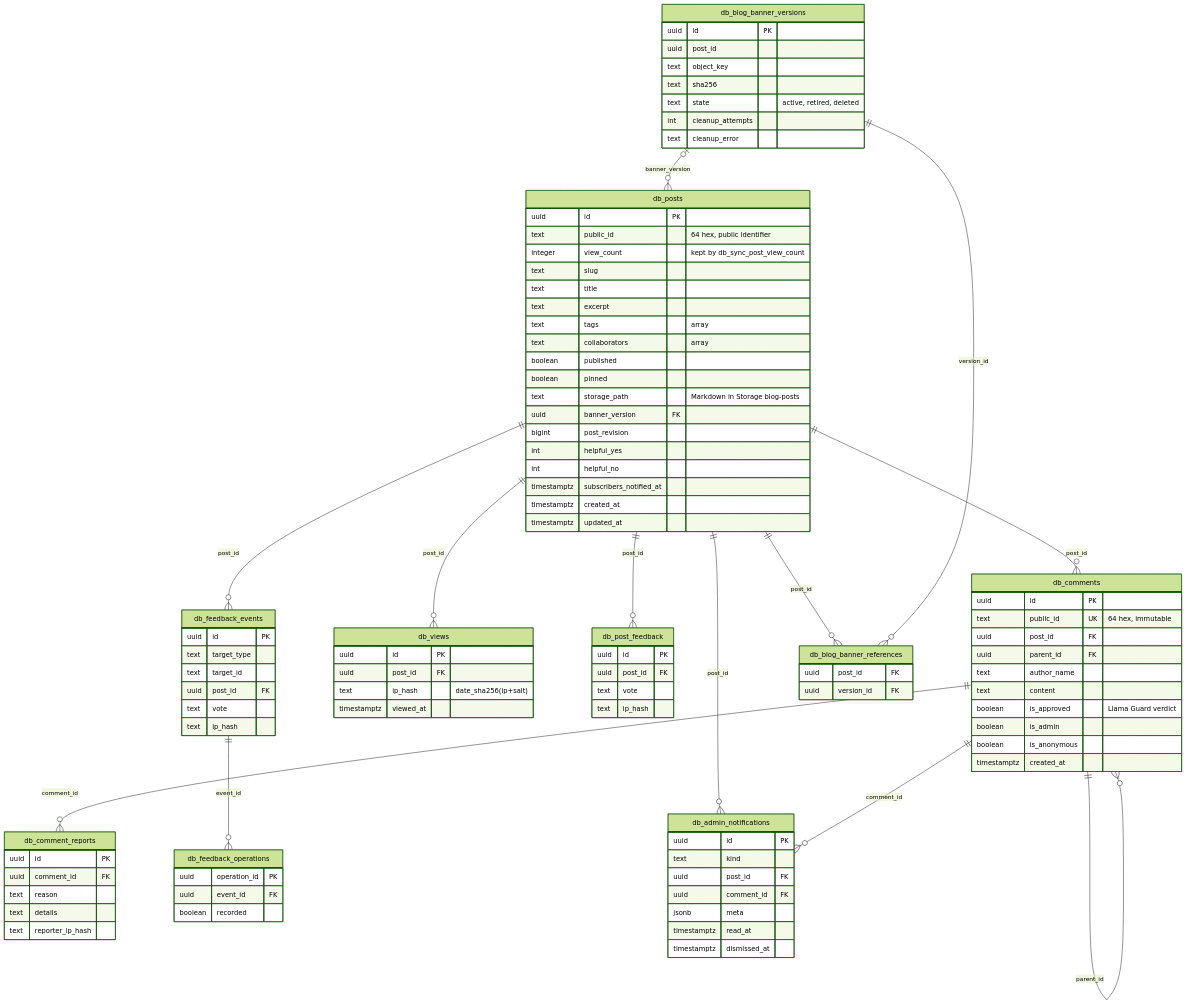
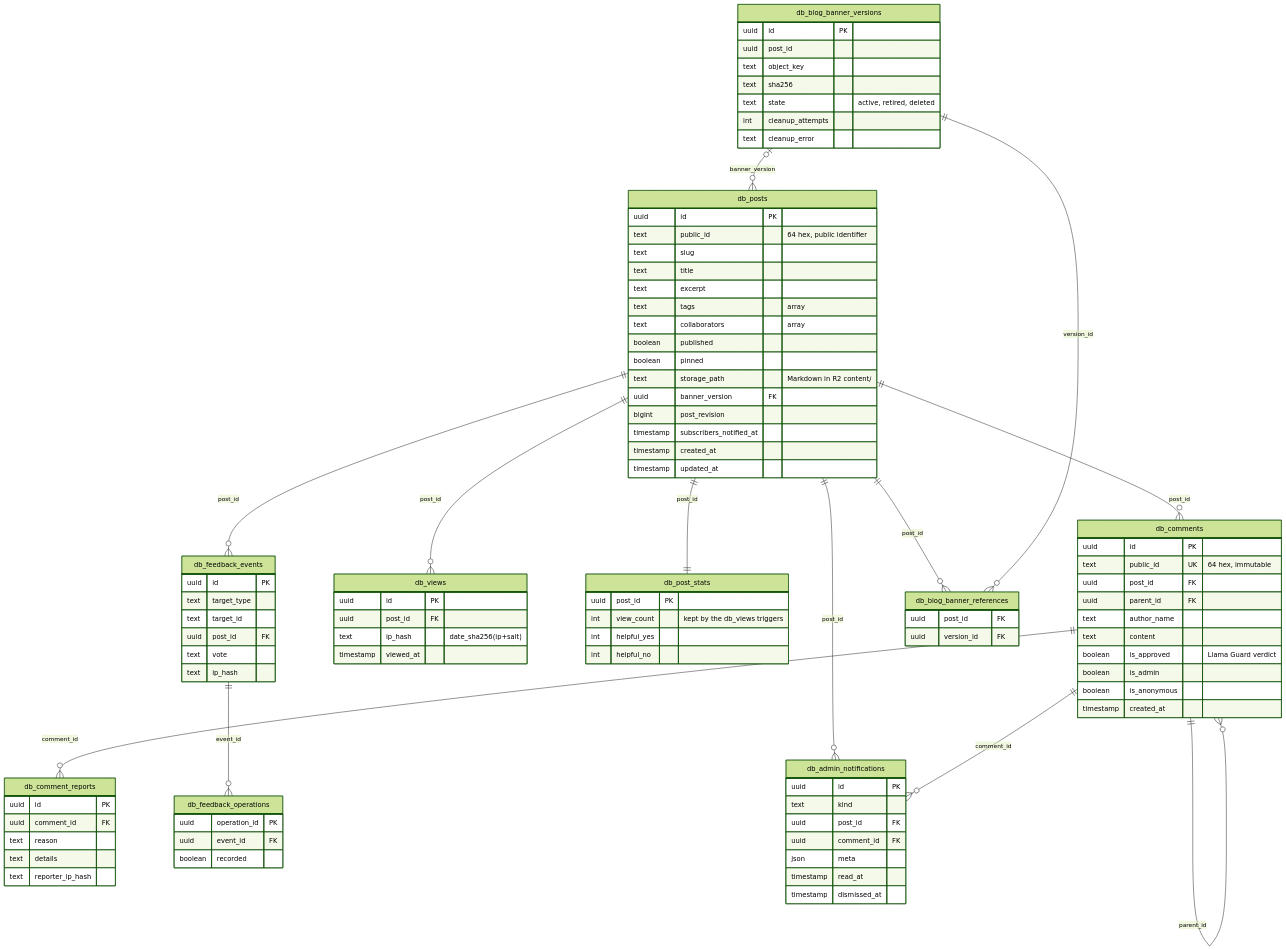
The first of 2 diagrams in docs/003-architecture/009-database-schema.md (farhnkrnapratma/idstead), drawn with Mermaid (forest theme) before and after one commit. The commit also changed other lines of this file and 25 other files, not shown here.

First line of the commit message:
docs: document analytics settings, the D1 schema and current tests

````diff
--- a/docs/003-architecture/009-database-schema.md
+++ b/docs/003-architecture/009-database-schema.md
@@ -12,7 +10,7 @@
     db_comments ||--o{ db_comments : "parent_id"
     db_comments ||--o{ db_comment_reports : "comment_id"
     db_posts ||--o{ db_views : "post_id"
-    db_posts ||--o{ db_post_feedback : "post_id"
+    db_posts ||--|| db_post_stats : "post_id"
     db_posts ||--o{ db_feedback_events : "post_id"
     db_feedback_events ||--o{ db_feedback_operations : "event_id"
     db_blog_banner_versions |o--o{ db_posts : "banner_version"
@@ -24,7 +22,6 @@
     db_posts {
         uuid id PK
         text public_id "64 hex, public identifier"
-        integer view_count "kept by db_sync_post_view_count"
         text slug
         text title
         text excerpt
@@ -32,14 +29,12 @@
         text collaborators "array"
         boolean published
         boolean pinned
-        text storage_path "Markdown in Storage blog-posts"
+        text storage_path "Markdown in R2 content/"
         uuid banner_version FK
         bigint post_revision
-        int helpful_yes
-        int helpful_no
-        timestamptz subscribers_notified_at
-        timestamptz created_at
-        timestamptz updated_at
+        timestamp subscribers_notified_at
+        timestamp created_at
+        timestamp updated_at
     }
     db_comments {
         uuid id PK
@@ -51,7 +46,7 @@
         boolean is_approved "Llama Guard verdict"
         boolean is_admin
         boolean is_anonymous
-        timestamptz created_at
+        timestamp created_at
     }
     db_comment_reports {
         uuid id PK
@@ -64,13 +59,13 @@
         uuid id PK
         uuid post_id FK
         text ip_hash "date_sha256(ip+salt)"
-        timestamptz viewed_at
+        timestamp viewed_at
     }
-    db_post_feedback {
-        uuid id PK
-        uuid post_id FK
-        text vote
-        text ip_hash
+    db_post_stats {
+        uuid post_id PK
+        int view_count "kept by the db_views triggers"
+        int helpful_yes
+        int helpful_no
     }
     db_feedback_events {
         uuid id PK
@@ -103,8 +98,8 @@
         text kind
         uuid post_id FK
         uuid comment_id FK
-        jsonb meta
-        timestamptz read_at
-        timestamptz dismissed_at
+        json meta
+        timestamp read_at
+        timestamp dismissed_at
     }
 ```
````
